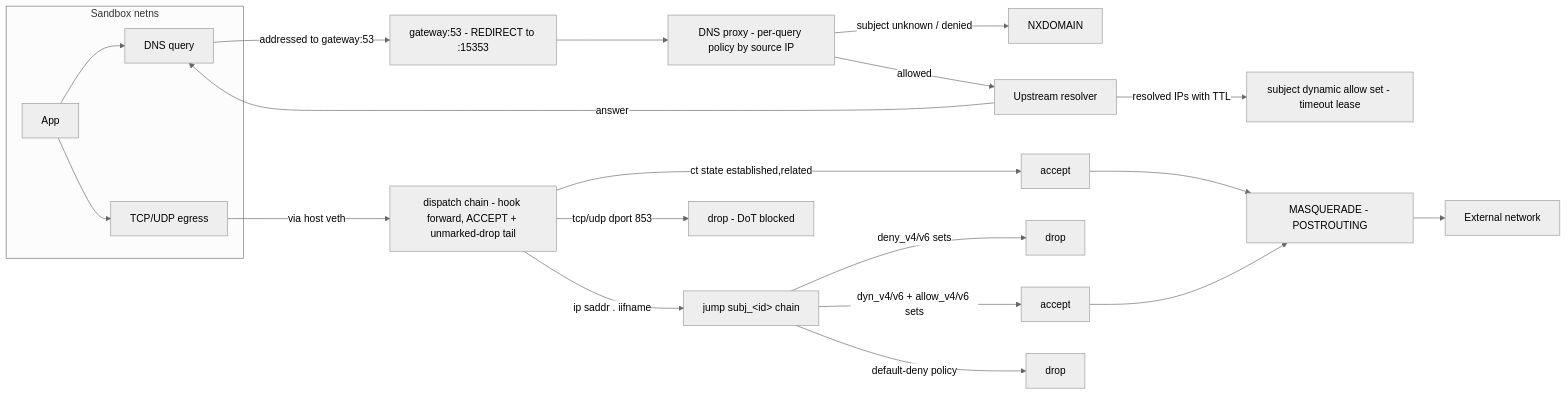
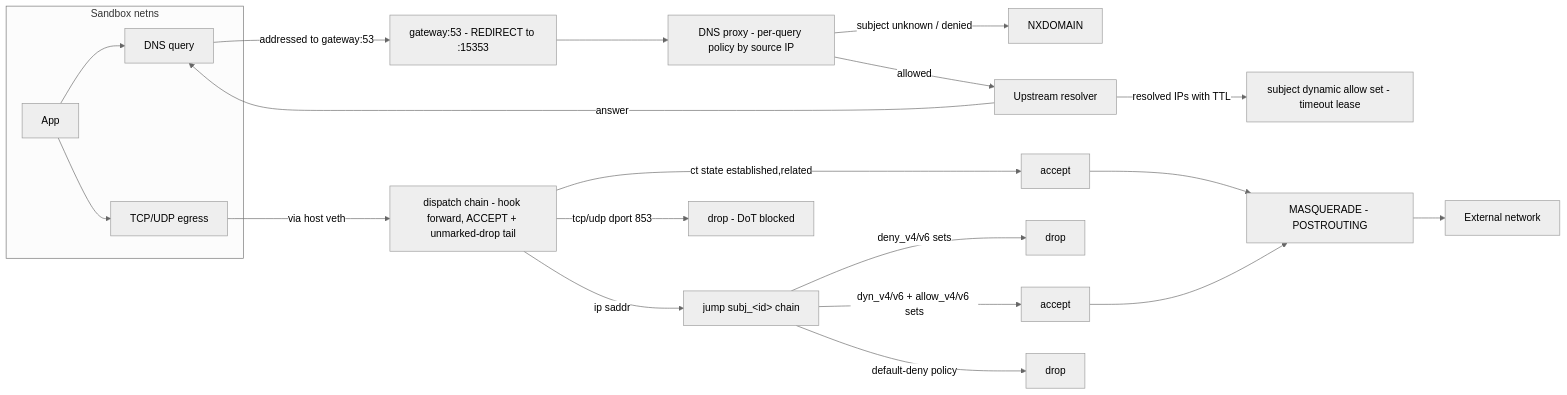
The third of 4 diagrams in components/egress/docs/policy-traffic-vault-flow.md (Pangjiping/OpenSandbox), drawn with Mermaid (neutral theme) before and after one commit. The commit also changed other lines of this file and 8 other files, not shown here.

````diff
--- a/components/egress/docs/policy-traffic-vault-flow.md
+++ b/components/egress/docs/policy-traffic-vault-flow.md
@@ -108,27 +109,27 @@
 ```mermaid
 flowchart LR
     subgraph SANDBOX[Sandbox netns]
         APP[App] --> DNSQ[DNS query]
         APP --> TCP[TCP/UDP egress]
     end
 
     DNSQ -->|addressed to gateway:53| GW[gateway:53 - REDIRECT to :15353]
     GW --> DP[DNS proxy - per-query policy by source IP]
     DP -->|subject unknown / denied| NX[NXDOMAIN]
     DP -->|allowed| UP[Upstream resolver]
     UP -->|answer| DNSQ
     UP -->|resolved IPs with TTL| DYN[subject dynamic allow set - timeout lease]
 
     TCP -->|via host veth| DISPATCH[dispatch chain - hook forward, ACCEPT + unmarked-drop tail]
     DISPATCH -->|ct state established,related| ACC1[accept]
     DISPATCH -->|tcp/udp dport 853| DROP1[drop - DoT blocked]
-    DISPATCH -->|ip saddr . iifname| JUMP[jump subj_&lt;id&gt; chain]
+    DISPATCH -->|ip saddr| JUMP[jump subj_&lt;id&gt; chain]
 
     JUMP -->|deny_v4/v6 sets| DROP2[drop]
     JUMP -->|dyn_v4/v6 + allow_v4/v6 sets| ACC2[accept]
     JUMP -->|default-deny policy| DROP3[drop]
 
     ACC1 --> MASQ[MASQUERADE - POSTROUTING]
     ACC2 --> MASQ
     MASQ --> EXT[External network]
 ```
````
